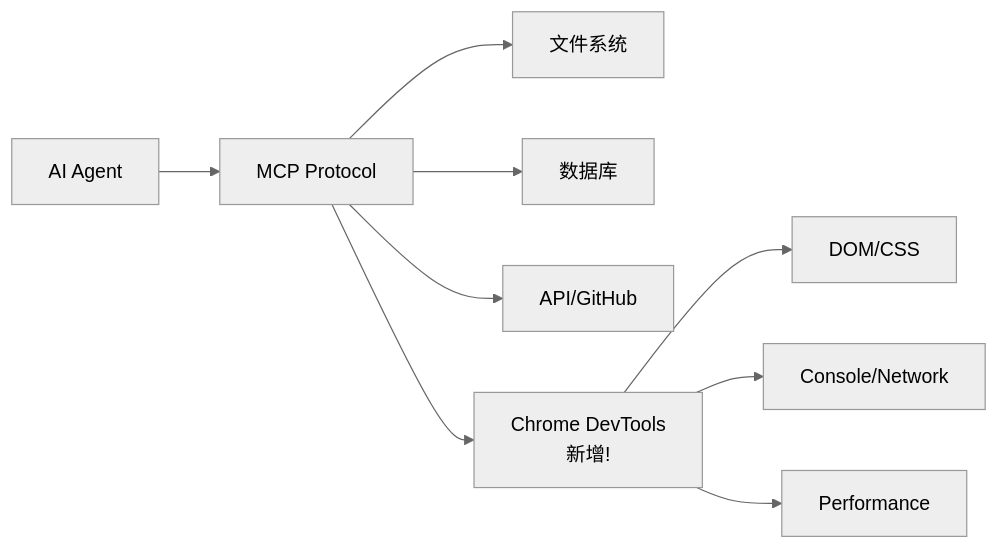
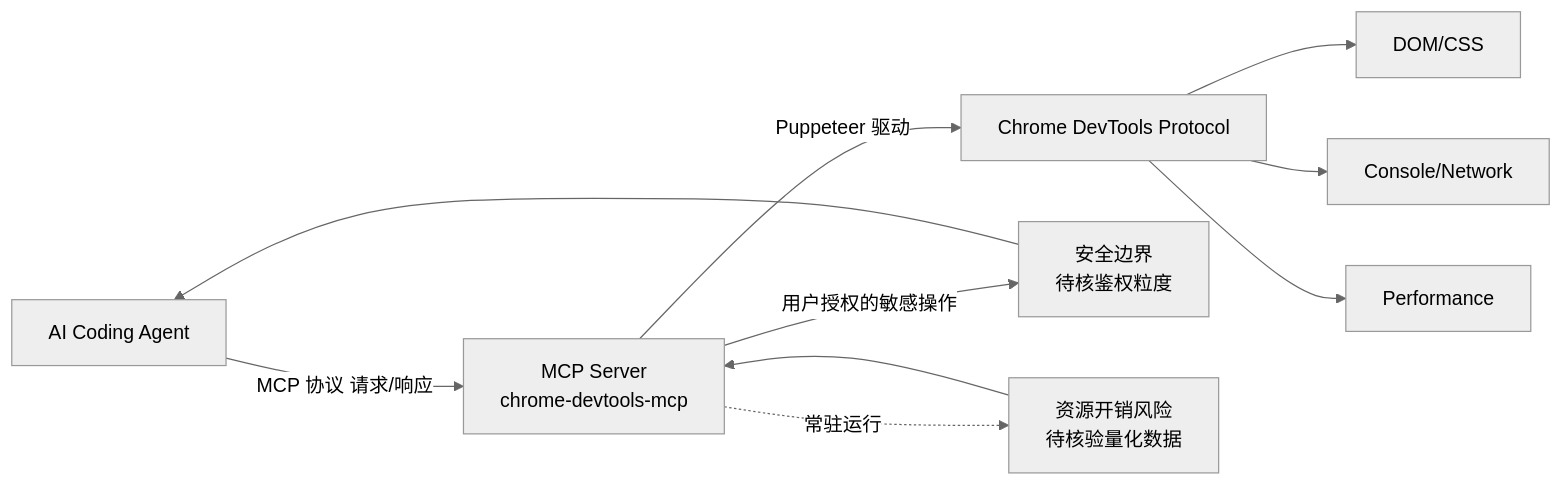
One commit to aiutil/github-researcher changed the diagram in projects/chrome-devtools-mcp.md. Above: the diagram before and after it, drawn with Mermaid (neutral theme). The commit also changed other lines of this file and 939 other files, not shown here.

Commit message:
feat: add architect briefs and Mermaid project maps

````diff
--- a/projects/chrome-devtools-mcp.md
+++ b/projects/chrome-devtools-mcp.md
@@ -43,11 +56,12 @@
 ```mermaid
-graph LR
-    A[AI Agent] --> B[MCP Protocol]
-    B --> C[文件系统]
-    B --> D[数据库]
-    B --> E[API/GitHub]
-    B --> F[Chrome DevTools<br/>新增!]
-    F --> G[DOM/CSS]
-    F --> H[Console/Network]
-    F --> I[Performance]
+flowchart LR
+    A[AI Coding Agent] -->|MCP 协议 请求/响应| B[MCP Server<br/>chrome-devtools-mcp]
+    B -->|Puppeteer 驱动| C[Chrome DevTools Protocol]
+    C --> D[DOM/CSS]
+    C --> E[Console/Network]
+    C --> F[Performance]
+    B -->|用户授权的敏感操作| G[安全边界<br/>待核鉴权粒度]
+    B -.常驻运行.-> H[资源开销风险<br/>待核验量化数据]
+    G --> A
+    H --> B
 ```
````
